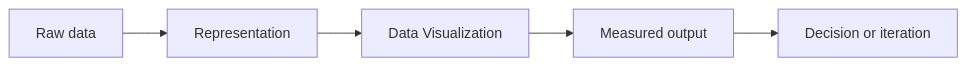
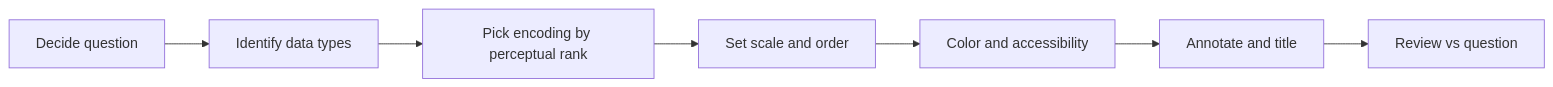
The diagram in data-science/07-data-visualization.md (Icon1cc/Machine-Learning), drawn with Mermaid before and after one commit. The commit also changed other lines of this file and 264 other files, not shown here.

````diff
--- a/data-science/07-data-visualization.md
+++ b/data-science/07-data-visualization.md
@@ -92,7 +130,9 @@
 ```mermaid
 flowchart LR
-    A[Raw data] --> B[Representation]
-    B --> C[Data Visualization]
-    C --> D[Measured output]
-    D --> E[Decision or iteration]
+    Q[Decide question] --> T[Identify data types]
+    T --> E[Pick encoding by perceptual rank]
+    E --> S[Set scale and order]
+    S --> C[Color and accessibility]
+    C --> A[Annotate and title]
+    A --> R[Review vs question]
 ```
````
